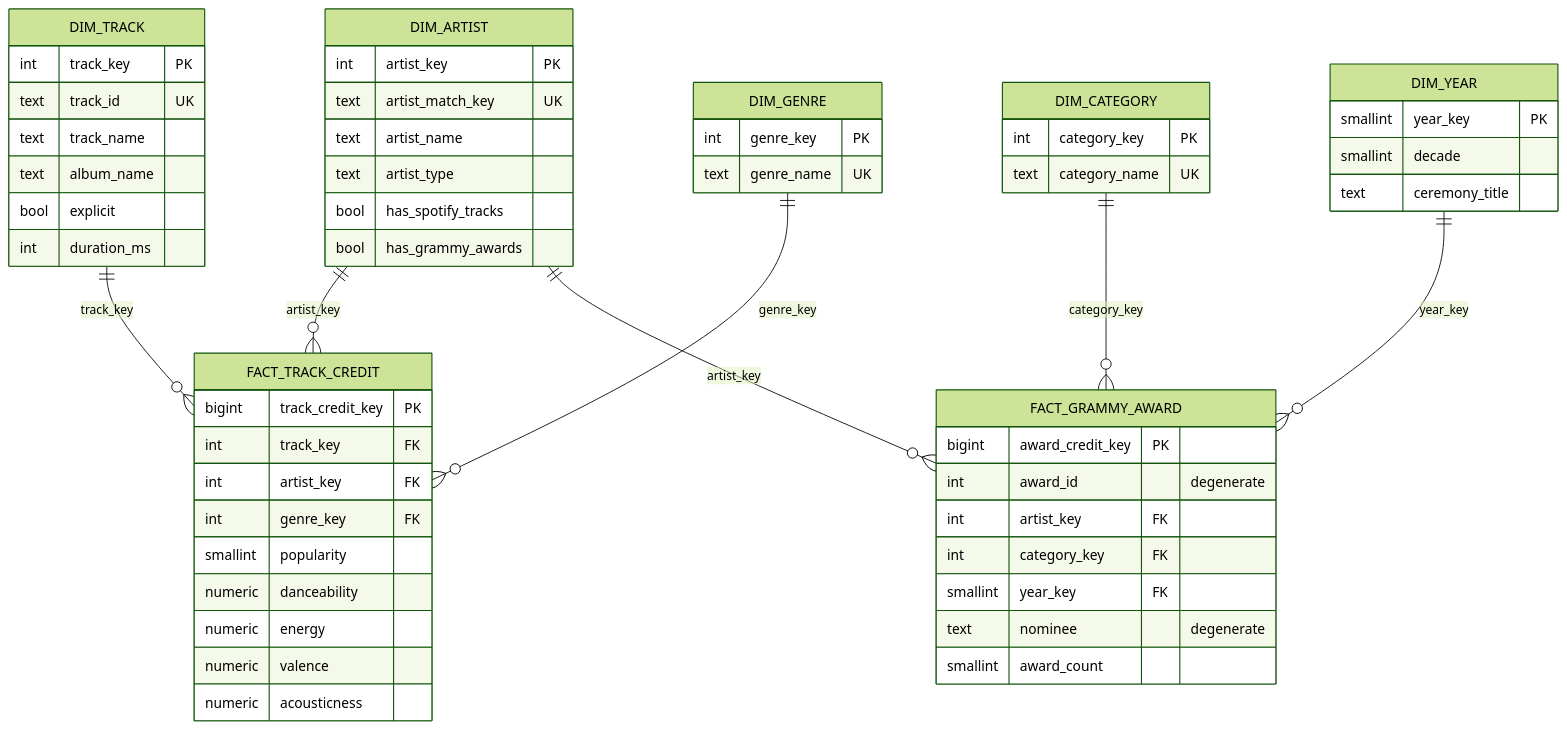
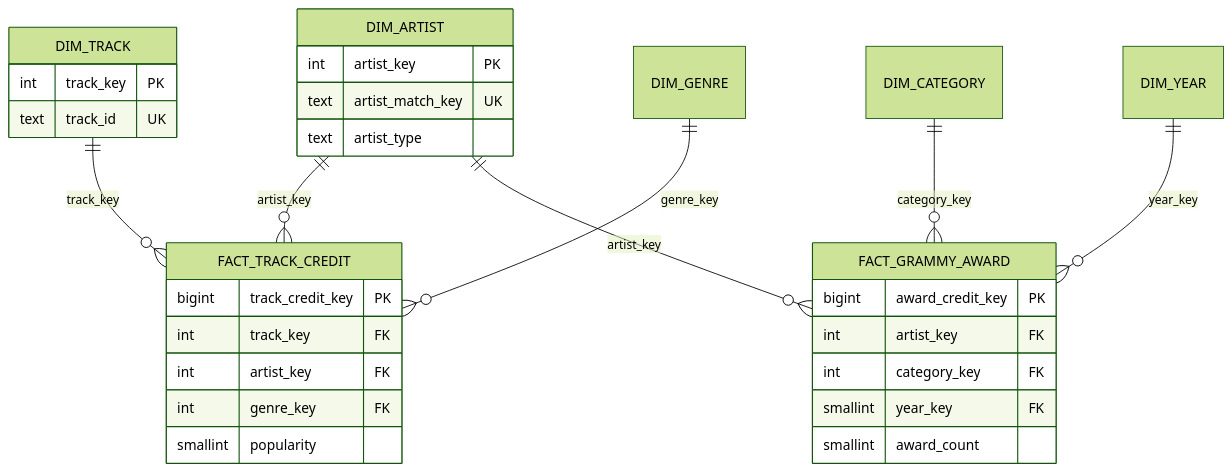
One commit to danielrestrepo13/ETL_2026-2_Workshop-2 changed the diagram in README.md. Above: the diagram before and after it, drawn with Mermaid (forest theme). The commit also changed other lines of this file, not shown here.

````diff
--- a/README.md
+++ b/README.md
@@ -185,60 +163,34 @@
 ```mermaid
 erDiagram
     DIM_ARTIST ||--o{ FACT_TRACK_CREDIT : "artist_key"
     DIM_ARTIST ||--o{ FACT_GRAMMY_AWARD : "artist_key"
     DIM_TRACK  ||--o{ FACT_TRACK_CREDIT : "track_key"
     DIM_GENRE  ||--o{ FACT_TRACK_CREDIT : "genre_key"
     DIM_CATEGORY ||--o{ FACT_GRAMMY_AWARD : "category_key"
     DIM_YEAR   ||--o{ FACT_GRAMMY_AWARD : "year_key"
 
     DIM_ARTIST {
         int artist_key PK
         text artist_match_key UK
-        text artist_name
         text artist_type
-        bool has_spotify_tracks
-        bool has_grammy_awards
     }
     DIM_TRACK {
         int track_key PK
         text track_id UK
-        text track_name
-        text album_name
-        bool explicit
-        int duration_ms
-    }
-    DIM_GENRE {
-        int genre_key PK
-        text genre_name UK
-    }
-    DIM_CATEGORY {
-        int category_key PK
-        text category_name UK
-    }
-    DIM_YEAR {
-        smallint year_key PK
-        smallint decade
-        text ceremony_title
     }
     FACT_TRACK_CREDIT {
         bigint track_credit_key PK
         int track_key FK
         int artist_key FK
         int genre_key FK
         smallint popularity
-        numeric danceability
-        numeric energy
-        numeric valence
-        numeric acousticness
     }
     FACT_GRAMMY_AWARD {
         bigint award_credit_key PK
-        int award_id "degenerate"
         int artist_key FK
         int category_key FK
         smallint year_key FK
-        text nominee "degenerate"
         smallint award_count
     }
 
 ```
````
